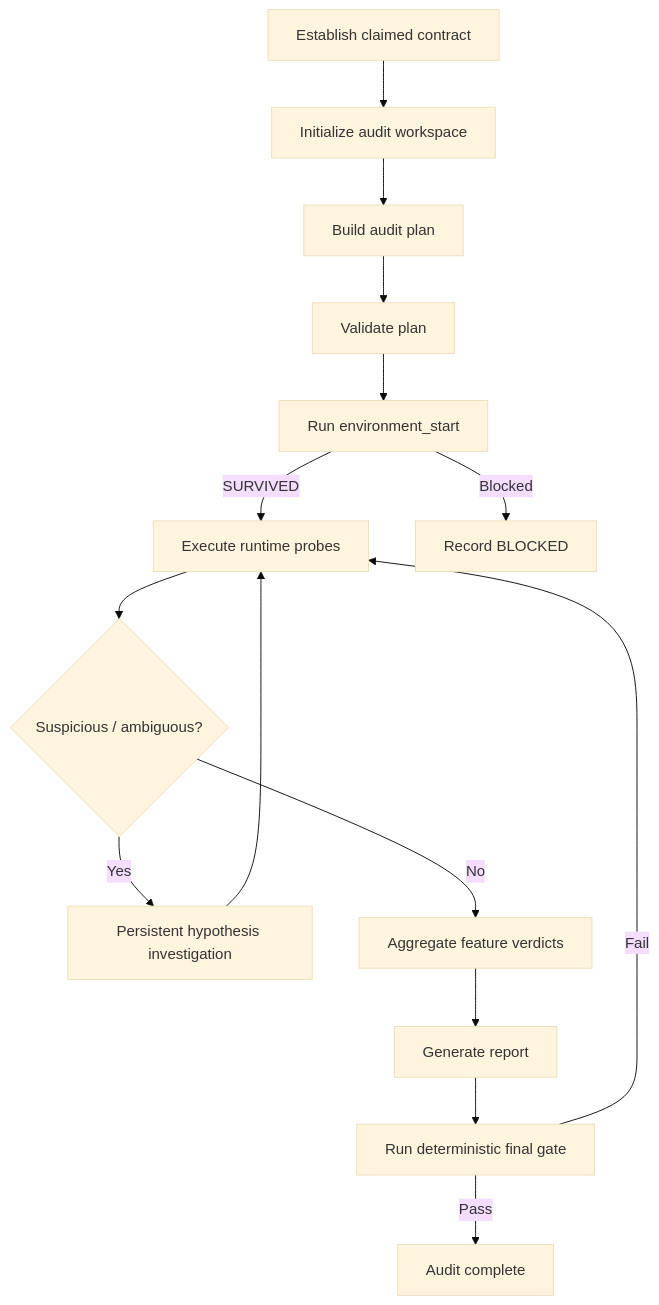
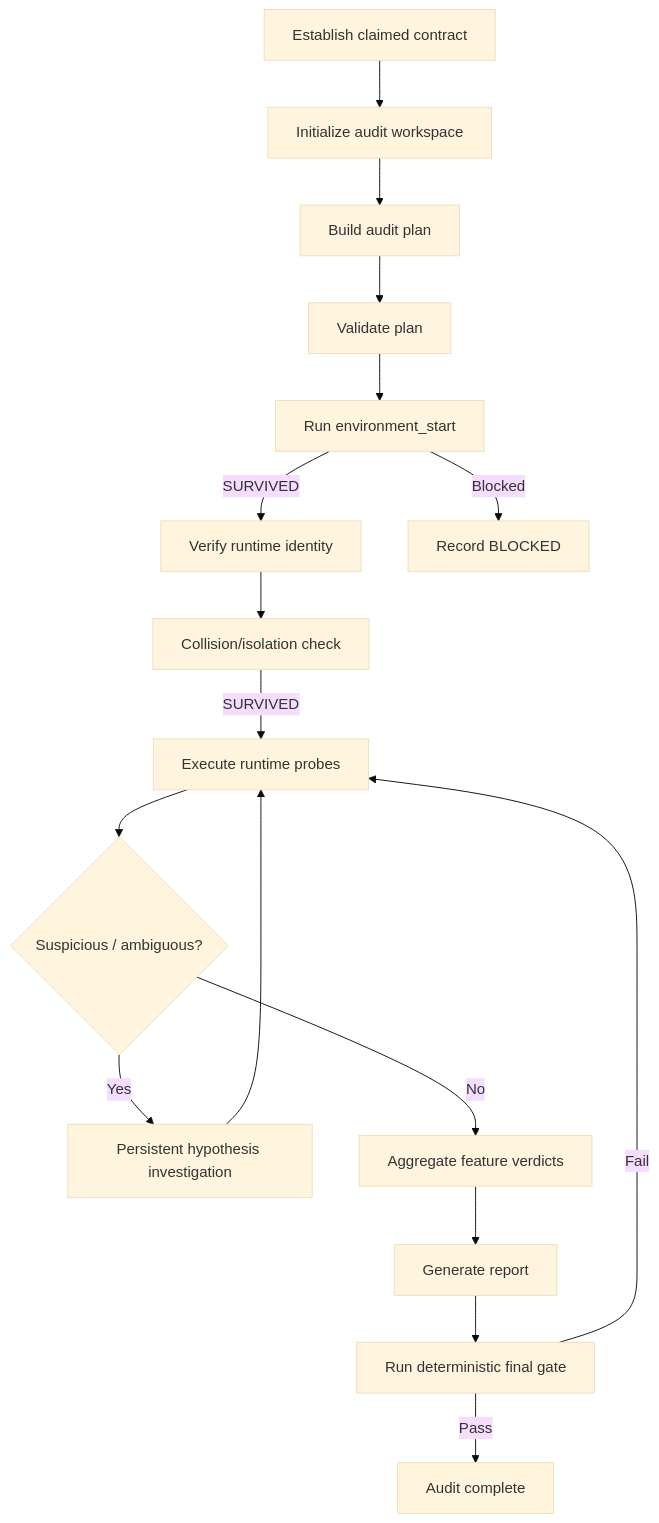
One commit to saltless-bruh/runtime-feature-falsifier changed the second of 2 diagrams in README.md. Above: the diagram before and after it, drawn with Mermaid (base theme). The commit also changed other lines of this file and 39 other files, not shown here.

````diff
--- a/README.md
+++ b/README.md
@@ -545,17 +545,19 @@
 ```mermaid
 flowchart TD
     A[Establish claimed contract] --> B[Initialize audit workspace]
     B --> C[Build audit plan]
     C --> D[Validate plan]
     D --> E[Run environment_start]
-    E -->|SURVIVED| F[Execute runtime probes]
+    E -->|SURVIVED| E2[Verify runtime identity]
     E -->|Blocked| X[Record BLOCKED]
+    E2 --> E3[Collision/isolation check]
+    E3 -->|SURVIVED| F[Execute runtime probes]
     F --> G{Suspicious / ambiguous?}
     G -->|Yes| H[Persistent hypothesis investigation]
     H --> F
     G -->|No| I[Aggregate feature verdicts]
     I --> J[Generate report]
     J --> K[Run deterministic final gate]
     K -->|Fail| F
     K -->|Pass| L[Audit complete]
 ```
````
